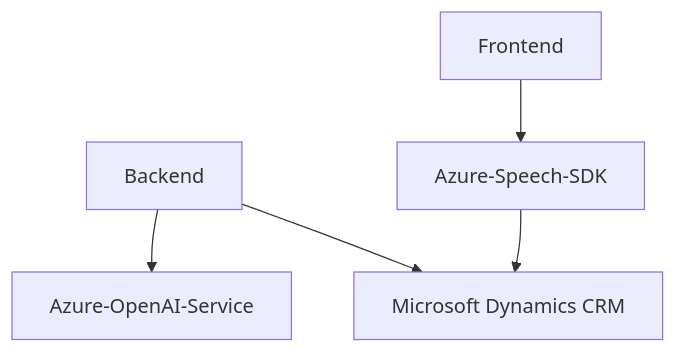
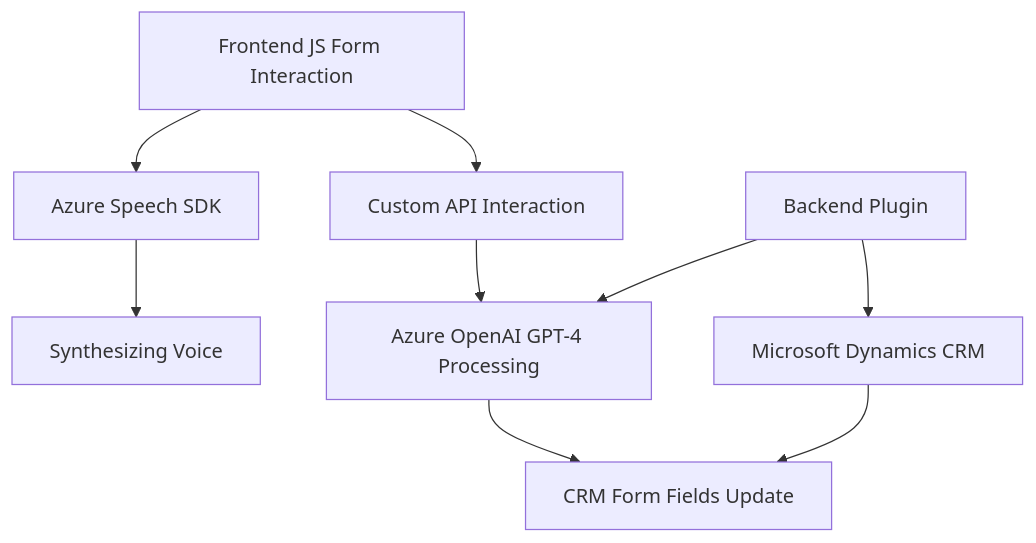
Before and after one commit to blopezdm/NETCORE_BILBAO2025: the diagram in README.md, drawn with Mermaid. The commit also changed other lines of this file, not shown here.

````diff
--- a/README.md
+++ b/README.md
@@ -62,13 +53,12 @@
 ```mermaid
 graph TD
-    A[Frontend]
-    B[Backend]
-    C[Azure-Speech-SDK]
-    D[Azure-OpenAI-Service]
-    E[Microsoft Dynamics CRM]
+    A["Frontend JS Form Interaction"] --> B["Azure Speech SDK"]
+    A --> C["Custom API Interaction"]
+    B --> D["Synthesizing Voice"]
+    C --> E["Azure OpenAI GPT-4 Processing"]
 
-    A --> C
-    B --> E
-    B --> D
-    C --> E
+    F["Backend Plugin"] --> E
+    F --> G["Microsoft Dynamics CRM"]
+    G --> H["CRM Form Fields Update"]
+    E --> H
 ```
````
